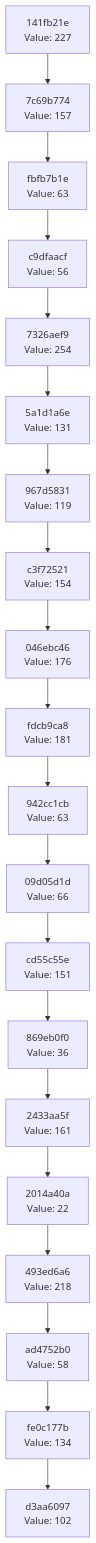
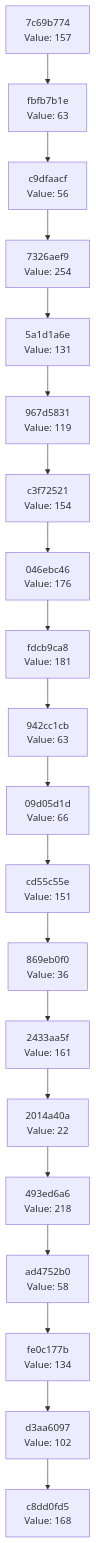
Before and after one commit to Abhisheksinha1506/hash-chain-evolver: the diagram in docs/CHAIN_VISUALIZATION.md, drawn with Mermaid. The commit also changed 3 other files, not shown here.

````diff
--- a/docs/CHAIN_VISUALIZATION.md
+++ b/docs/CHAIN_VISUALIZATION.md
@@ -3,42 +3,42 @@
 ```mermaid
 graph TD
-    C0["d3aa6097<br/>Value: 102"]
-    C1["fe0c177b<br/>Value: 134"]
+    C0["c8dd0fd5<br/>Value: 168"]
+    C1["d3aa6097<br/>Value: 102"]
     C1 --> C0
-    C2["ad4752b0<br/>Value: 58"]
+    C2["fe0c177b<br/>Value: 134"]
     C2 --> C1
-    C3["493ed6a6<br/>Value: 218"]
+    C3["ad4752b0<br/>Value: 58"]
     C3 --> C2
-    C4["2014a40a<br/>Value: 22"]
+    C4["493ed6a6<br/>Value: 218"]
     C4 --> C3
-    C5["2433aa5f<br/>Value: 161"]
+    C5["2014a40a<br/>Value: 22"]
     C5 --> C4
-    C6["869eb0f0<br/>Value: 36"]
+    C6["2433aa5f<br/>Value: 161"]
     C6 --> C5
-    C7["cd55c55e<br/>Value: 151"]
+    C7["869eb0f0<br/>Value: 36"]
     C7 --> C6
-    C8["09d05d1d<br/>Value: 66"]
+    C8["cd55c55e<br/>Value: 151"]
     C8 --> C7
-    C9["942cc1cb<br/>Value: 63"]
+    C9["09d05d1d<br/>Value: 66"]
     C9 --> C8
-    C10["fdcb9ca8<br/>Value: 181"]
+    C10["942cc1cb<br/>Value: 63"]
     C10 --> C9
-    C11["046ebc46<br/>Value: 176"]
+    C11["fdcb9ca8<br/>Value: 181"]
     C11 --> C10
-    C12["c3f72521<br/>Value: 154"]
+    C12["046ebc46<br/>Value: 176"]
     C12 --> C11
-    C13["967d5831<br/>Value: 119"]
+    C13["c3f72521<br/>Value: 154"]
     C13 --> C12
-    C14["5a1d1a6e<br/>Value: 131"]
+    C14["967d5831<br/>Value: 119"]
     C14 --> C13
-    C15["7326aef9<br/>Value: 254"]
+    C15["5a1d1a6e<br/>Value: 131"]
     C15 --> C14
-    C16["c9dfaacf<br/>Value: 56"]
+    C16["7326aef9<br/>Value: 254"]
     C16 --> C15
-    C17["fbfb7b1e<br/>Value: 63"]
+    C17["c9dfaacf<br/>Value: 56"]
     C17 --> C16
-    C18["7c69b774<br/>Value: 157"]
+    C18["fbfb7b1e<br/>Value: 63"]
     C18 --> C17
-    C19["141fb21e<br/>Value: 227"]
+    C19["7c69b774<br/>Value: 157"]
     C19 --> C18
 ```
````
